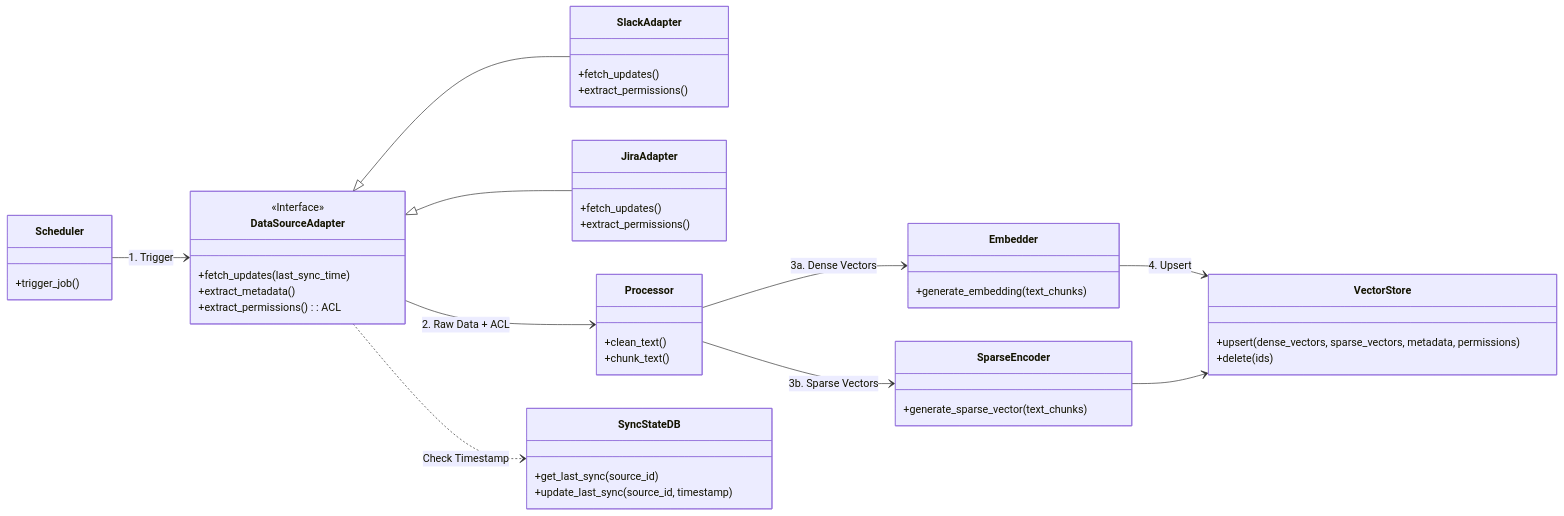
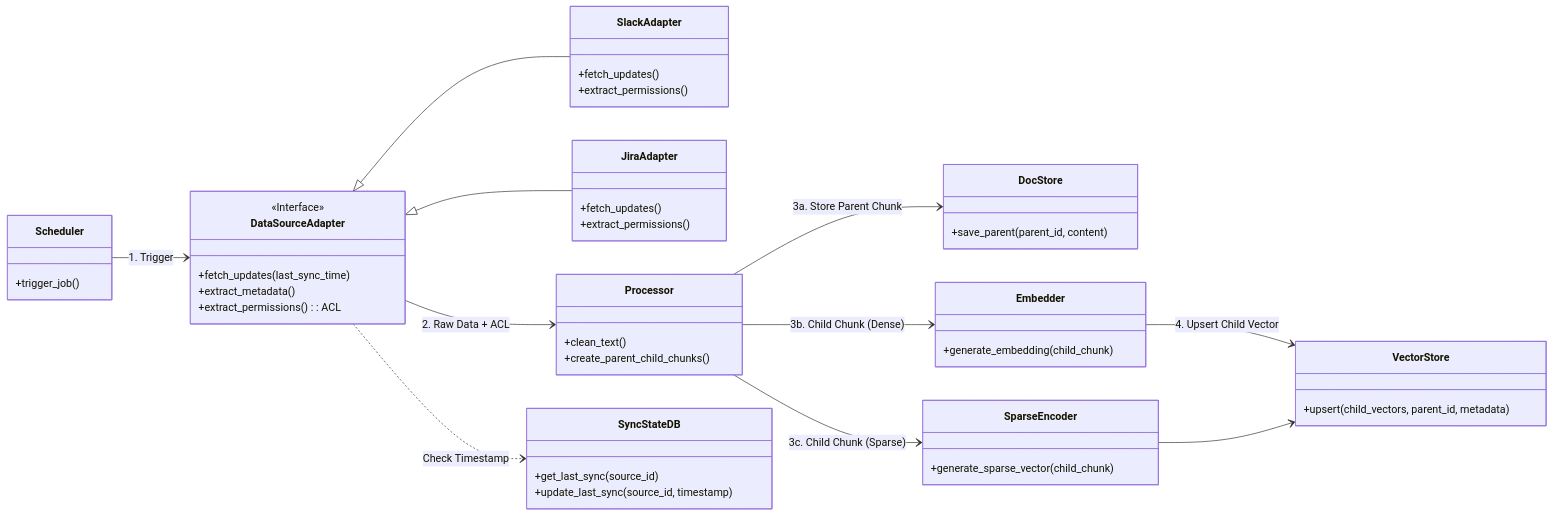
Before and after one commit to end-2/search: the first of 2 diagrams in docs/design.md, drawn with Mermaid. The commit also changed other lines of this file and 3 other files, not shown here.

````diff
--- a/docs/design.md
+++ b/docs/design.md
@@ -13,58 +13,62 @@
 ```mermaid
 classDiagram
     direction LR
     
     class Scheduler {
         +trigger_job()
     }
 
     class DataSourceAdapter {
         <<Interface>>
         +fetch_updates(last_sync_time)
         +extract_metadata()
         +extract_permissions() : ACL
     }
     
     class SlackAdapter {
         +fetch_updates()
         +extract_permissions()
     }
     class JiraAdapter {
         +fetch_updates()
         +extract_permissions()
     }
     
     class Processor {
         +clean_text()
-        +chunk_text()
+        +create_parent_child_chunks()
+    }
+    
+    class DocStore {
+        +save_parent(parent_id, content)
     }
     
     class Embedder {
-        +generate_embedding(text_chunks)
+        +generate_embedding(child_chunk)
     }
 
     class SparseEncoder {
-        +generate_sparse_vector(text_chunks)
+        +generate_sparse_vector(child_chunk)
     }
     
     class VectorStore {
-        +upsert(dense_vectors, sparse_vectors, metadata, permissions)
-        +delete(ids)
+        +upsert(child_vectors, parent_id, metadata)
     }
     
     class SyncStateDB {
         +get_last_sync(source_id)
         +update_last_sync(source_id, timestamp)
     }
 
     Scheduler --> DataSourceAdapter : 1. Trigger
     DataSourceAdapter <|-- SlackAdapter
     DataSourceAdapter <|-- JiraAdapter
     DataSourceAdapter ..> SyncStateDB : Check Timestamp
     
     DataSourceAdapter --> Processor : 2. Raw Data + ACL
-    Processor --> Embedder : 3a. Dense Vectors
-    Processor --> SparseEncoder : 3b. Sparse Vectors
-    Embedder --> VectorStore : 4. Upsert
+    Processor --> DocStore : 3a. Store Parent Chunk
+    Processor --> Embedder : 3b. Child Chunk (Dense)
+    Processor --> SparseEncoder : 3c. Child Chunk (Sparse)
+    Embedder --> VectorStore : 4. Upsert Child Vector
     SparseEncoder --> VectorStore
 ```
````
